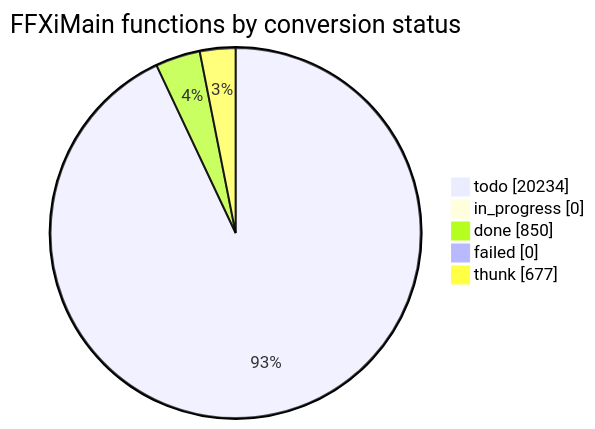
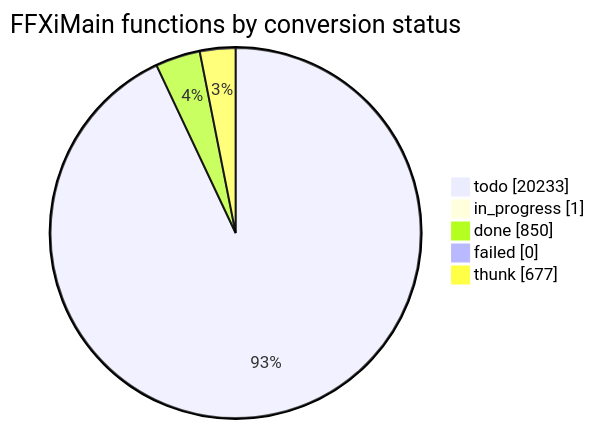
Before and after one commit to cowrevenge/cow_kuluu_xi_anything: the diagram in docs/cow/STATUS.md, drawn with Mermaid. The commit also changed other lines of this file and 7 other files, not shown here.

````diff
--- a/docs/cow/STATUS.md
+++ b/docs/cow/STATUS.md
@@ -18,9 +18,9 @@
 ```mermaid
 pie showData
     title FFXiMain functions by conversion status
-    "todo" : 20234
-    "in_progress" : 0
+    "todo" : 20233
+    "in_progress" : 1
     "done" : 850
     "failed" : 0
     "thunk" : 677
 ```
````
